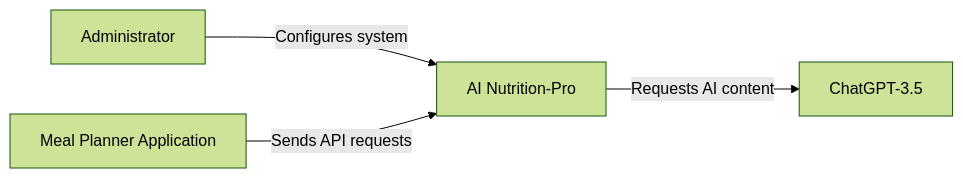
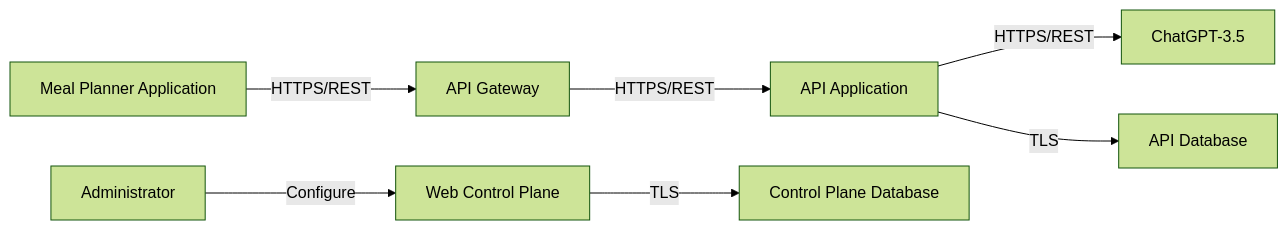
One commit to xvnpw/ai-security-analyzer changed the first of 4 diagrams in examples/file-sec-design-ai-nutrition-pro-o3-mini.md. Above: the diagram before and after it, drawn with Mermaid (forest theme). The commit also changed other lines of this file and 218 other files, not shown here.

````diff
--- a/examples/file-sec-design-ai-nutrition-pro-o3-mini.md
+++ b/examples/file-sec-design-ai-nutrition-pro-o3-mini.md
@@ -45,11 +48,9 @@
 ```mermaid
-flowchart LR
-    admin[Administrator]
-    meal[Meal Planner Application]
-    project[AI Nutrition-Pro]
-    chatgpt[ChatGPT-3.5]
-
-    admin -->|Configures system| project
-    meal -->|Sends API requests| project
-    project -->|Requests AI content| chatgpt
+graph LR
+    A[Meal Planner Application] -->|HTTPS/REST| B[API Gateway]
+    B -->|HTTPS/REST| C[API Application]
+    C -->|HTTPS/REST| D[ChatGPT-3.5]
+    E[Administrator] -->|Configure| F[Web Control Plane]
+    F -->|TLS| G[Control Plane Database]
+    C -->|TLS| H[API Database]
 ```
````
